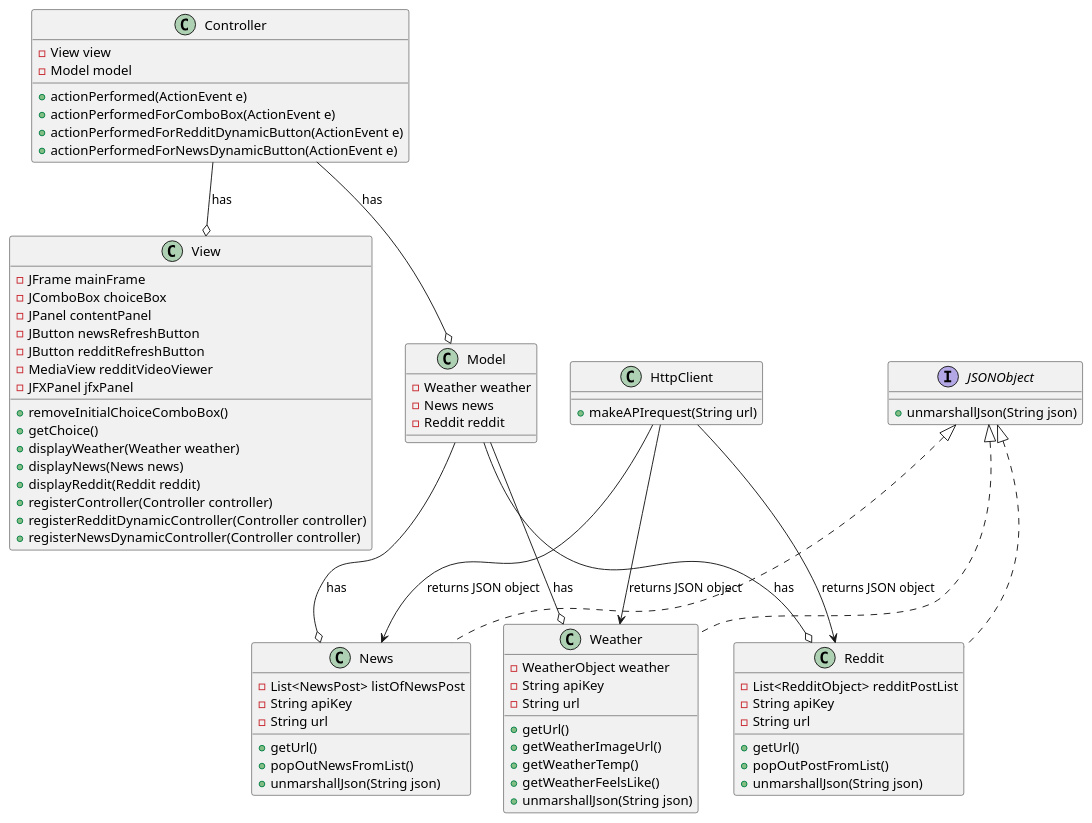
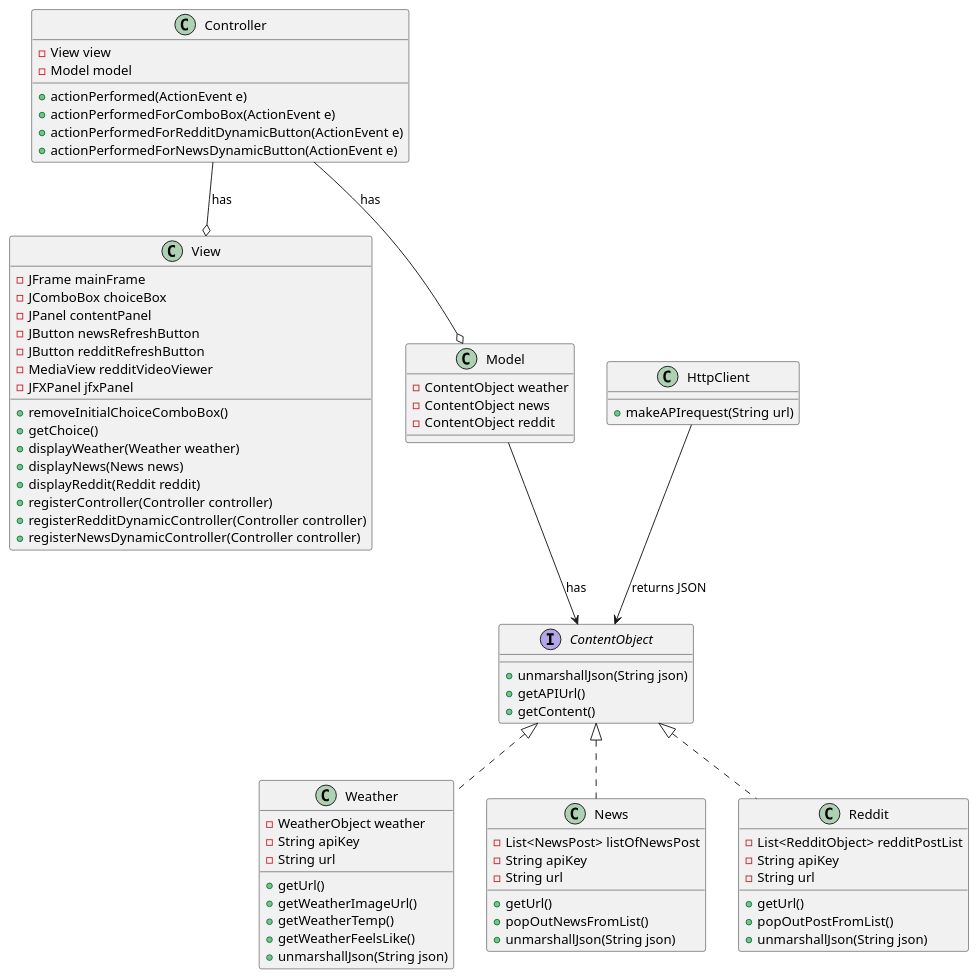
Before and after one commit to tanrachel/fidgetApp: the diagram in uml.puml, drawn with PlantUML. The commit also changed 13 other files, not shown here.

```diff
--- a/uml.puml
+++ b/uml.puml
@@ -1,84 +1,84 @@
 @startuml
 class View {
 
     -JFrame mainFrame
     -JComboBox choiceBox
     -JPanel contentPanel
     -JButton newsRefreshButton
     -JButton redditRefreshButton
     -MediaView redditVideoViewer
     -JFXPanel jfxPanel
     +removeInitialChoiceComboBox()
     +getChoice()
     +displayWeather(Weather weather)
     +displayNews(News news)
     +displayReddit(Reddit reddit)
     +registerController(Controller controller)
     +registerRedditDynamicController(Controller controller)
     +registerNewsDynamicController(Controller controller)
 }
 
 class Controller {
     -View view
     -Model model
     +actionPerformed(ActionEvent e)
     +actionPerformedForComboBox(ActionEvent e)
     +actionPerformedForRedditDynamicButton(ActionEvent e)
     +actionPerformedForNewsDynamicButton(ActionEvent e)
 }
 
 class Model {
-    -Weather weather
-    -News news
-    -Reddit reddit
+    -ContentObject weather
+    -ContentObject news
+    -ContentObject reddit
 }
 
-interface JSONObject {
+interface ContentObject {
    +unmarshallJson(String json)
+   +getAPIUrl()
+   +getContent()
 }
 
-class Weather implements JSONObject {
+class Weather implements ContentObject {
     -WeatherObject weather
     -String apiKey
     -String url
     +getUrl()
     +getWeatherImageUrl()
     +getWeatherTemp()
     +getWeatherFeelsLike()
     +unmarshallJson(String json)
 }
 
-class News implements JSONObject {
+class News implements ContentObject{
         -List<NewsPost> listOfNewsPost
         -String apiKey
         -String url
         +getUrl()
         +popOutNewsFromList()
         +unmarshallJson(String json)
 
 }
 
-class Reddit implements JSONObject {
+class Reddit implements ContentObject {
         -List<RedditObject> redditPostList
         -String apiKey
         -String url
         +getUrl()
         +popOutPostFromList()
         +unmarshallJson(String json)
 }
 
 class HttpClient {
     +makeAPIrequest(String url)
 }
 
-Model --o Weather : has
-Model --o News : has
-Model --o Reddit : has
+Model --> ContentObject : has
+
 
 Controller --o View : has
 Controller --o Model : has
 
-HttpClient --> News : returns JSON object
-HttpClient --> Reddit : returns JSON object
-HttpClient --> Weather : returns JSON object
+HttpClient --> ContentObject : returns JSON
+
 @enduml
```
